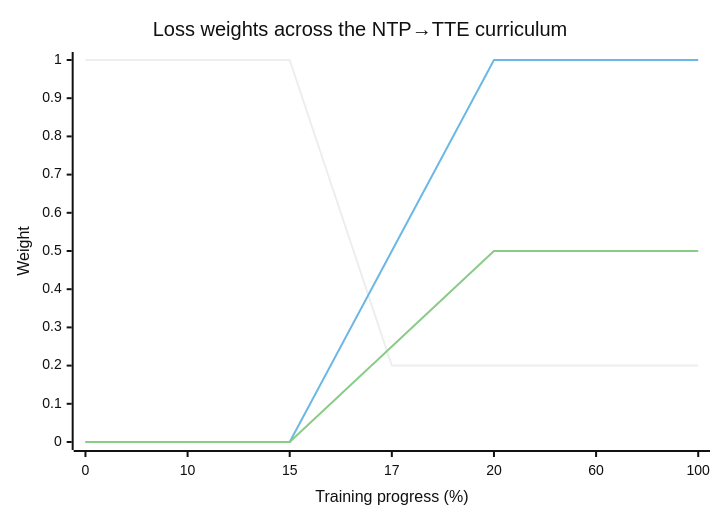
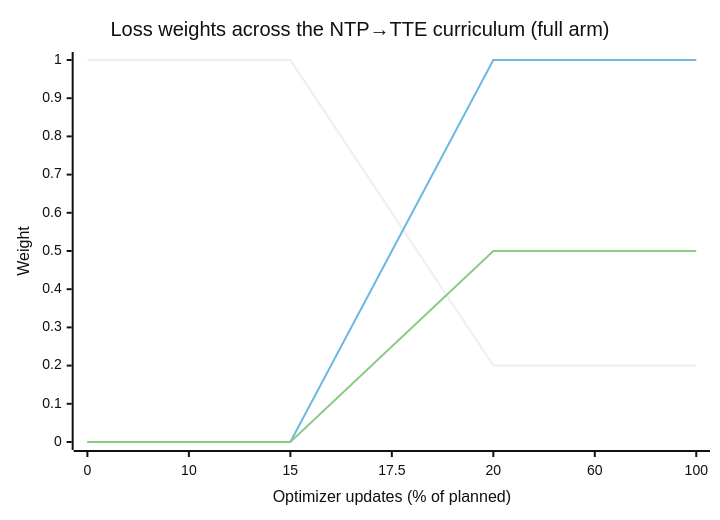
One commit to sajor2000/clifatron2.0 changed the third of 4 diagrams in website/docs/objectives-training.md. Above: the diagram before and after it, drawn with Mermaid (neutral theme). The commit also changed other lines of this file and 20 other files, not shown here.

First line of the commit message:
feat(train): curriculum by optimizer update, objective arms, fixed loss weights (U4)

````diff
--- a/website/docs/objectives-training.md
+++ b/website/docs/objectives-training.md
@@ -77,9 +122,9 @@
 ```mermaid
 xychart-beta
-    title "Loss weights across the NTP→TTE curriculum"
-    x-axis "Training progress (%)" [0, 10, 15, 17, 20, 60, 100]
+    title "Loss weights across the NTP→TTE curriculum (full arm)"
+    x-axis "Optimizer updates (% of planned)" [0, 10, 15, 17.5, 20, 60, 100]
     y-axis "Weight" 0 --> 1
-    line "w_ntp" [1, 1, 1, 0.2, 0.2, 0.2, 0.2]
+    line "w_ntp" [1, 1, 1, 0.6, 0.2, 0.2, 0.2]
     line "w_cr / w_th" [0, 0, 0, 0.5, 1, 1, 1]
     line "w_val" [0, 0, 0, 0.25, 0.5, 0.5, 0.5]
 ```
````
